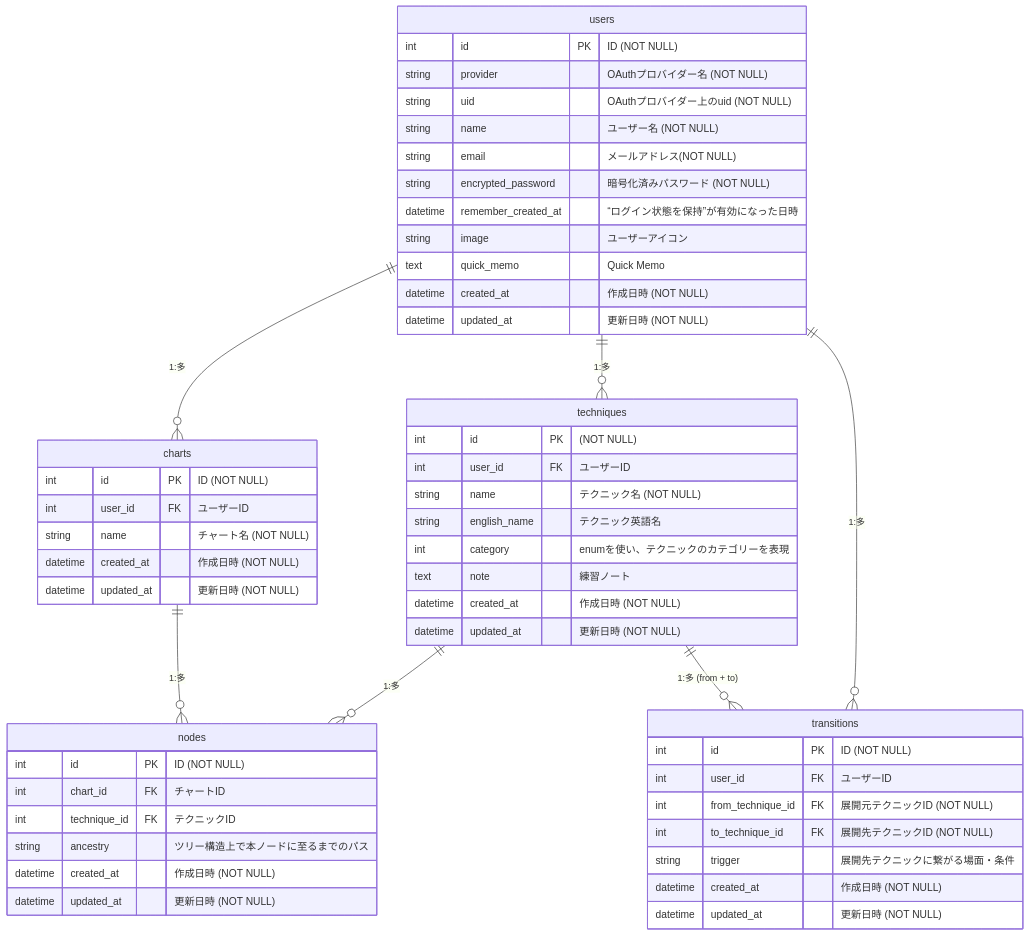
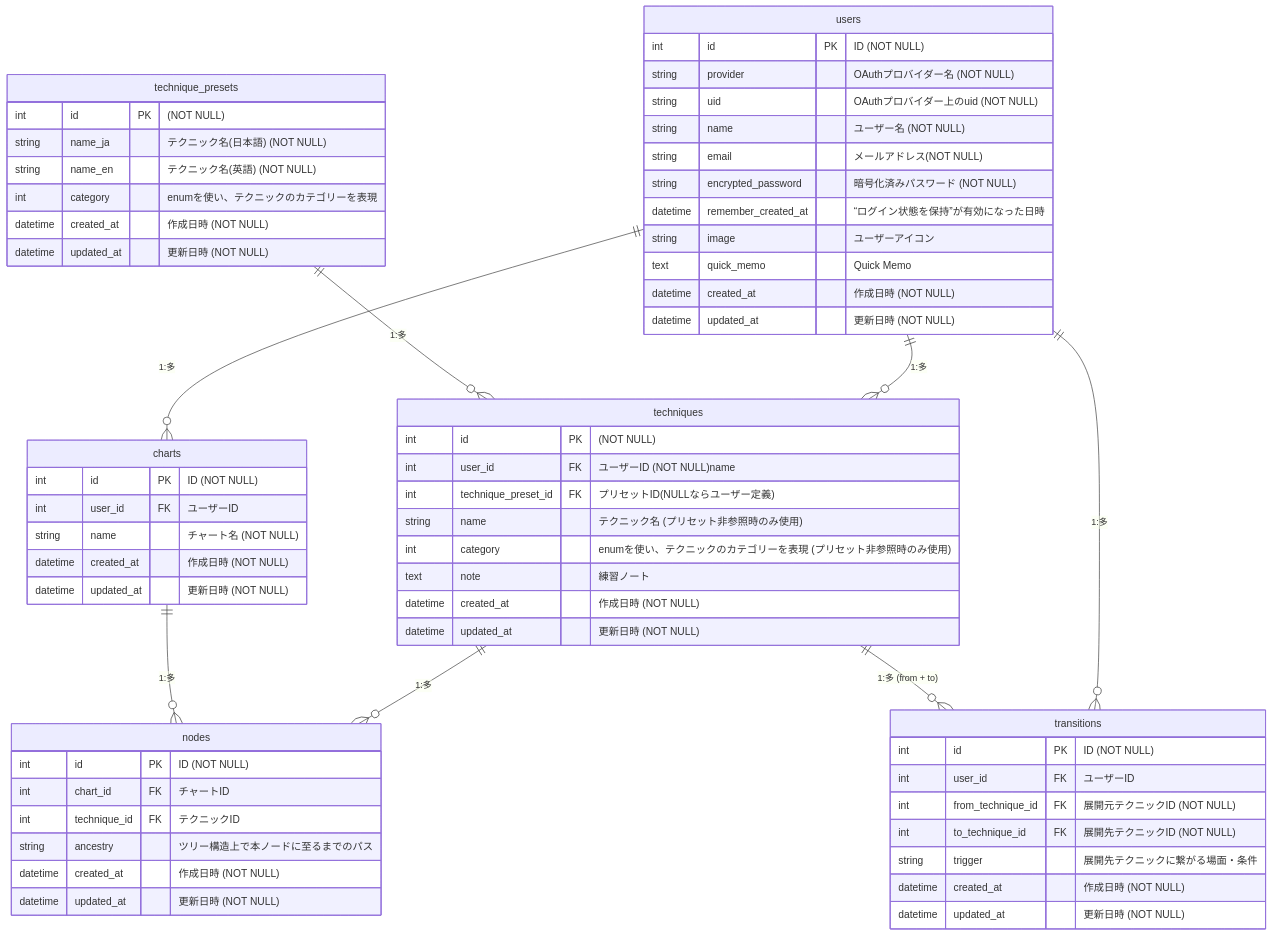
The diagram in README.md (m-deura/bjj_flow_tracker), drawn with Mermaid before and after one commit.

Commit message:
update: ER図にtechnique_presetsテーブルを追加

````diff
--- a/README.md
+++ b/README.md
@@ -95,63 +95,74 @@
 ```mermaid
 erDiagram
   users {
     int id PK "ID (NOT NULL)"
     string provider "OAuthプロバイダー名 (NOT NULL)"
     string uid "OAuthプロバイダー上のuid (NOT NULL)"
     string name "ユーザー名 (NOT NULL)"
     string email "メールアドレス(NOT NULL)"
     string encrypted_password "暗号化済みパスワード (NOT NULL)"
     datetime remember_created_at "“ログイン状態を保持”が有効になった日時"
     string image "ユーザーアイコン"
     text quick_memo "Quick Memo"
     datetime created_at "作成日時 (NOT NULL)"
     datetime updated_at "更新日時 (NOT NULL)"
   }
 
   techniques {
     int id PK "(NOT NULL)"
-    int user_id FK "ユーザーID"
-    string name "テクニック名 (NOT NULL)"
-    string english_name "テクニック英語名"
+    int user_id FK "ユーザーID (NOT NULL)name"
+    int technique_preset_id FK "プリセットID(NULLならユーザー定義)"
+    string name "テクニック名 (プリセット非参照時のみ使用)"
+    int category "enumを使い、テクニックのカテゴリーを表現 (プリセット非参照時のみ使用)"
+    text note "練習ノート"
+    datetime created_at "作成日時 (NOT NULL)"
+    datetime updated_at "更新日時 (NOT NULL)"
+  }
+
+  technique_presets {
+    int id PK "(NOT NULL)"
+    string name_ja "テクニック名(日本語) (NOT NULL)"
+    string name_en "テクニック名(英語) (NOT NULL)"
     int category "enumを使い、テクニックのカテゴリーを表現"
-    text note "練習ノート"
     datetime created_at "作成日時 (NOT NULL)"
     datetime updated_at "更新日時 (NOT NULL)"
   }
 
   transitions {
     int id PK "ID (NOT NULL)"
     int user_id FK "ユーザーID"
     int from_technique_id FK "展開元テクニックID (NOT NULL)"
     int to_technique_id FK "展開先テクニックID (NOT NULL)"
     string trigger "展開先テクニックに繋がる場面・条件"
     datetime created_at "作成日時 (NOT NULL)"
     datetime updated_at "更新日時 (NOT NULL)"
   }
 
   charts {
     int id PK "ID (NOT NULL)"
     int user_id FK "ユーザーID"
     string name "チャート名 (NOT NULL)"
     datetime created_at "作成日時 (NOT NULL)"
     datetime updated_at "更新日時 (NOT NULL)"
   }
 
   nodes {
     int id PK "ID (NOT NULL)"
     int chart_id FK "チャートID"
     int technique_id FK "テクニックID"
     string ancestry "ツリー構造上で本ノードに至るまでのパス"
     datetime created_at "作成日時 (NOT NULL)"
     datetime updated_at "更新日時 (NOT NULL)"
   }
 
   users ||--o{ techniques : "1:多"
   users ||--o{ charts : "1:多"
   users ||--o{ transitions : "1:多"
 
   techniques ||--o{ nodes : "1:多"
   techniques ||--o{ transitions : "1:多 (from + to)"
 
+  technique_presets ||--o{ techniques : "1:多"
+
   charts ||--o{ nodes : "1:多"
 ```
````
